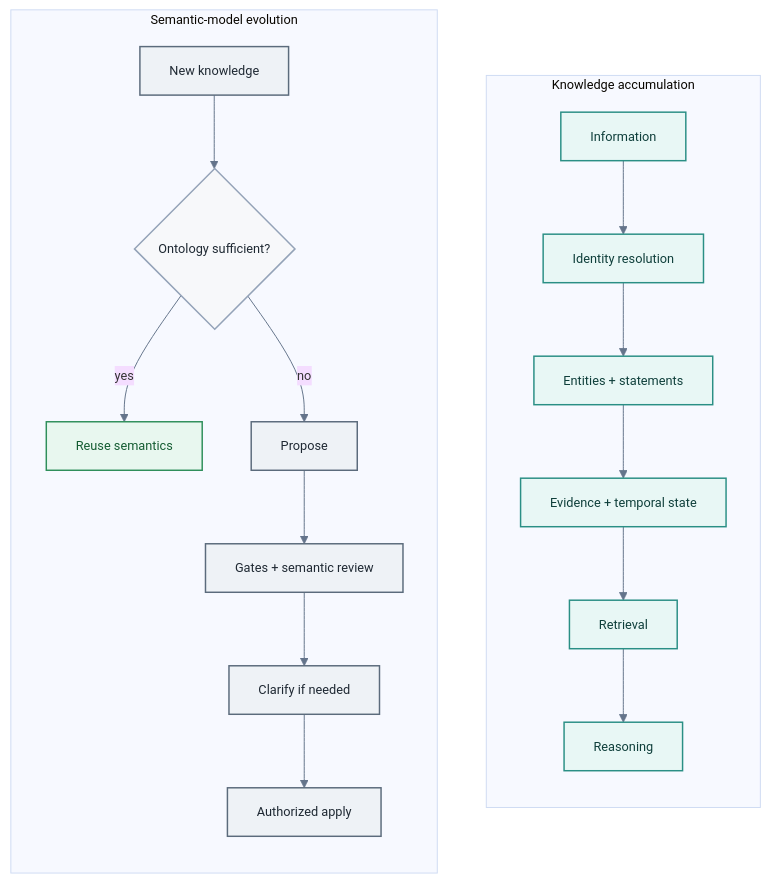
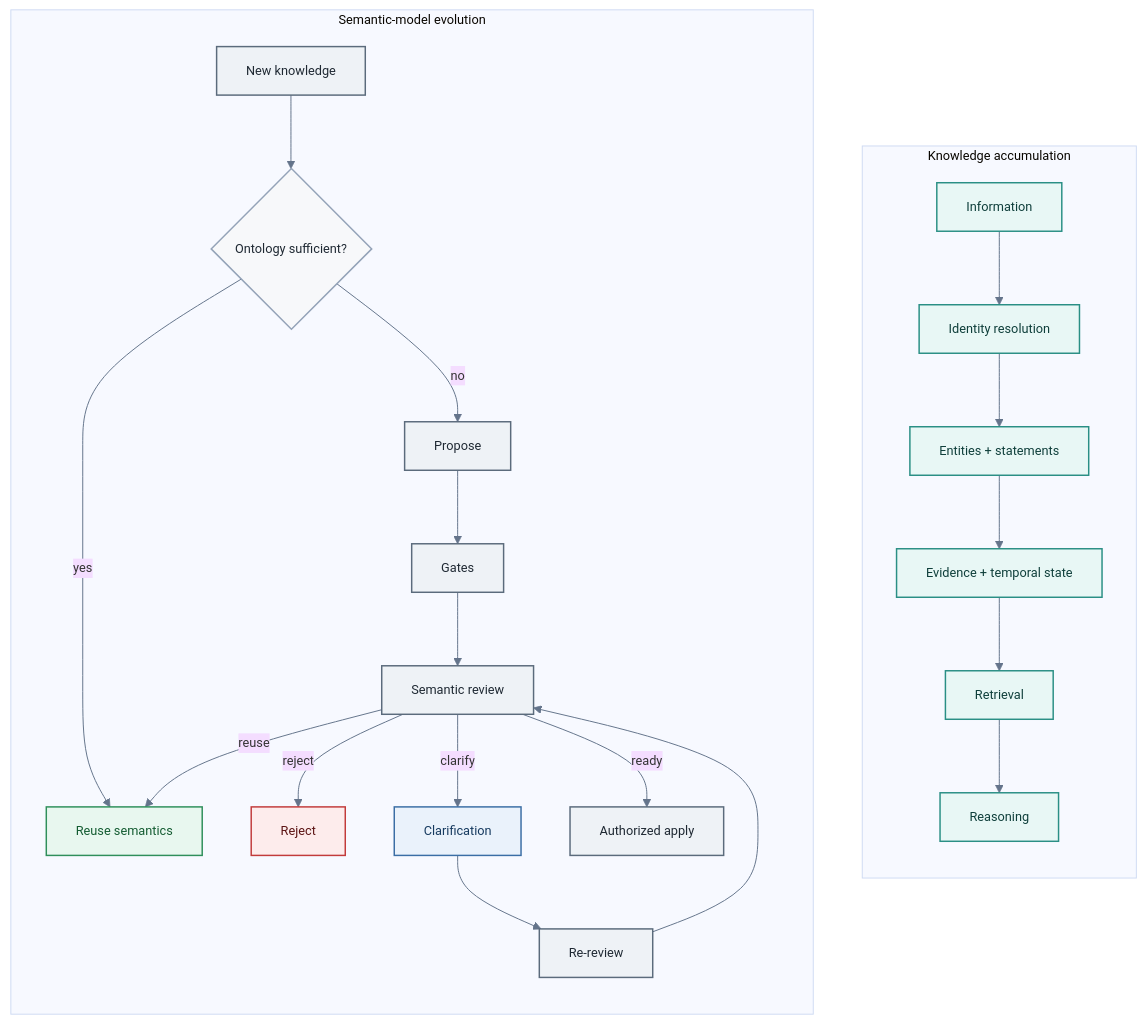
One commit to didac-crst/AtlasSynapse changed the diagram in docs/architecture.md. Above: the diagram before and after it, drawn with Mermaid. The commit also changed 5 other files, not shown here.

First line of the commit message:
docs: polish narrative claims, license, and roadmap provenance

````diff
--- a/docs/architecture.md
+++ b/docs/architecture.md
@@ -72,31 +72,40 @@
 ```mermaid
 %%{init: {"theme":"base","themeVariables":{"fontFamily":"ui-sans-serif, system-ui, sans-serif","fontSize":"13px","lineColor":"#64748B"}}}%%
 flowchart TB
   subgraph knowledge [Knowledge accumulation]
     direction TD
     k1[Information] --> k2[Identity resolution]
     k2 --> k3[Entities + statements]
     k3 --> k4[Evidence + temporal state]
     k4 --> k5[Retrieval]
     k5 --> k6[Reasoning]
   end
 
   subgraph model [Semantic-model evolution]
     direction TD
     m1[New knowledge] --> m2{Ontology sufficient?}
     m2 -->|yes| m3[Reuse semantics]
     m2 -->|no| m4[Propose]
-    m4 --> m5[Gates + semantic review]
-    m5 --> m6[Clarify if needed]
-    m6 --> m7[Authorized apply]
+    m4 --> m5[Gates]
+    m5 --> m6[Semantic review]
+    m6 -->|reuse| m3
+    m6 -->|reject| m7[Reject]
+    m6 -->|clarify| m8[Clarification]
+    m8 --> m9[Re-review]
+    m9 --> m6
+    m6 -->|ready| m10[Authorized apply]
   end
 
   classDef k fill:#E8F7F5,stroke:#2A8F85,color:#0F3F3B,stroke-width:1.5px
   classDef m fill:#EEF2F6,stroke:#5B6B7C,color:#1F2933,stroke-width:1.5px
   classDef decision fill:#F7F8FA,stroke:#94A3B8,color:#1F2933,stroke-width:1.5px
   classDef ok fill:#E8F7EF,stroke:#2F8F5B,color:#145C32,stroke-width:1.5px
+  classDef reject fill:#FDECEC,stroke:#C23B3B,color:#5C1414,stroke-width:1.5px
+  classDef clarifyNode fill:#EAF2FB,stroke:#3B6EA5,color:#163A5F,stroke-width:1.5px
   class k1,k2,k3,k4,k5,k6 k
-  class m1,m4,m5,m6,m7 m
+  class m1,m4,m5,m6,m9,m10 m
   class m2 decision
   class m3 ok
+  class m7 reject
+  class m8 clarifyNode
 ```
````
